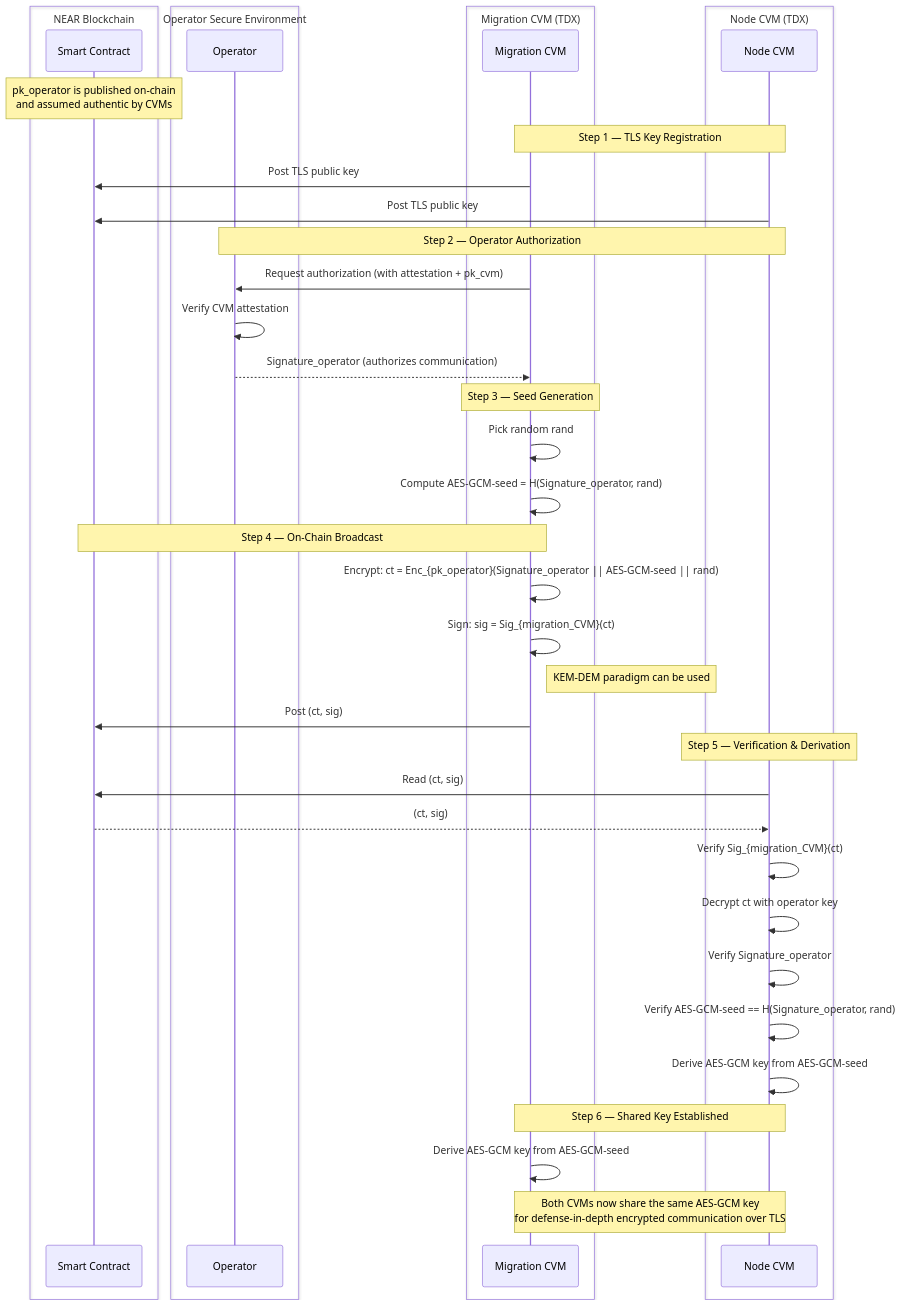
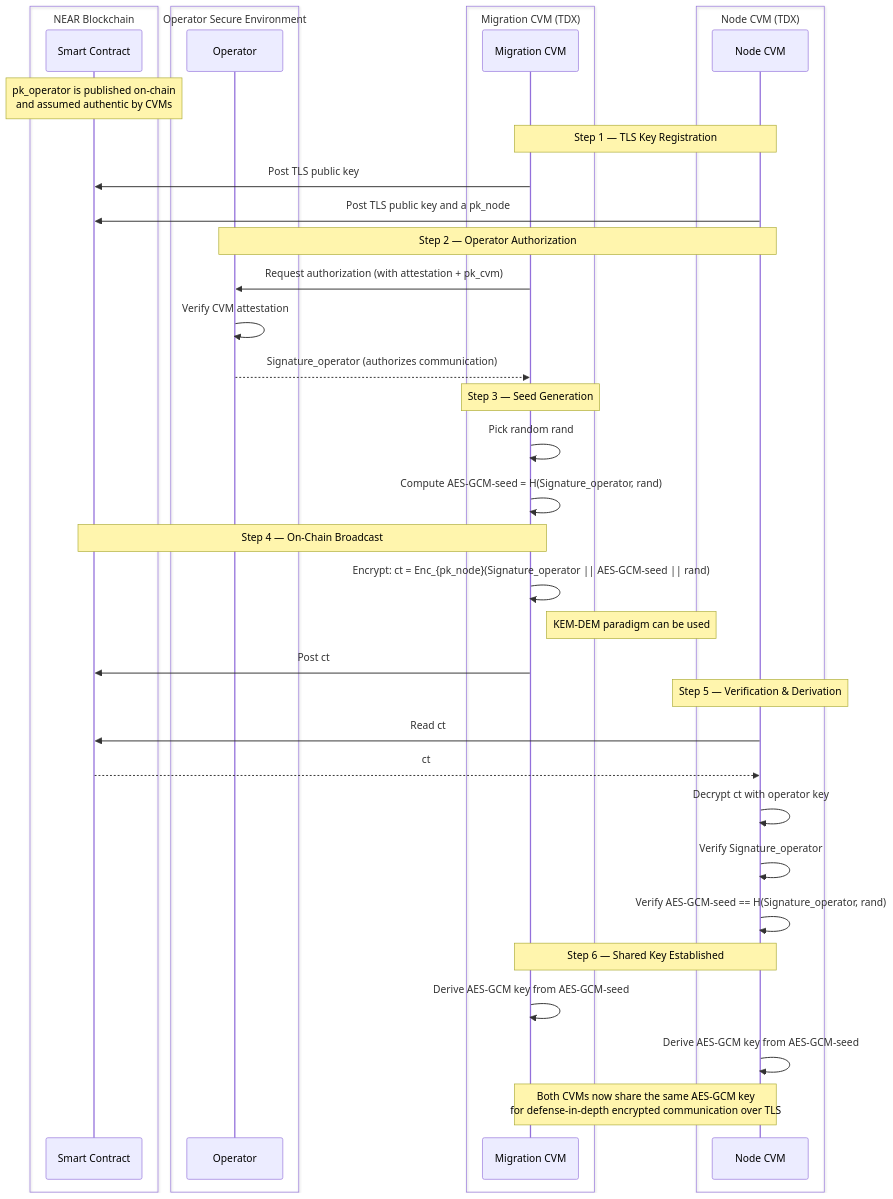
Before and after one commit to near/mpc: the fourth of 4 diagrams in docs/threat-model-diagram.md, drawn with Mermaid.

Commit message:
Simplification

````diff
--- a/docs/threat-model-diagram.md
+++ b/docs/threat-model-diagram.md
@@ -348,49 +348,47 @@
 ```mermaid
 sequenceDiagram
     box NEAR Blockchain
         participant BC as Smart Contract
     end
     box Operator Secure Environment
         participant OP as Operator
     end
     box Migration CVM (TDX)
         participant MIG as Migration CVM
     end
     box Node CVM (TDX)
         participant NODE as Node CVM
     end
 
     Note over BC: pk_operator is published on-chain<br/>and assumed authentic by CVMs
 
     Note over MIG,NODE: Step 1 — TLS Key Registration
     MIG ->> BC: Post TLS public key
-    NODE ->> BC: Post TLS public key
+    NODE ->> BC: Post TLS public key and a pk_node
 
     Note over OP,NODE: Step 2 — Operator Authorization
     MIG ->> OP: Request authorization (with attestation + pk_cvm)
     OP ->> OP: Verify CVM attestation
     OP -->> MIG: Signature_operator (authorizes communication)
 
     Note over MIG: Step 3 — Seed Generation
     MIG ->> MIG: Pick random rand
     MIG ->> MIG: Compute AES-GCM-seed = H(Signature_operator, rand)
 
     Note over MIG,BC: Step 4 — On-Chain Broadcast
-    MIG ->> MIG: Encrypt: ct = Enc_{pk_operator}(Signature_operator || AES-GCM-seed || rand)
-    MIG ->> MIG: Sign: sig = Sig_{migration_CVM}(ct)
+    MIG ->> MIG: Encrypt: ct = Enc_{pk_node}(Signature_operator || AES-GCM-seed || rand)
     Note right of MIG: KEM-DEM paradigm can be used
-    MIG ->> BC: Post (ct, sig)
+    MIG ->> BC: Post ct
 
     Note over NODE: Step 5 — Verification & Derivation
-    NODE ->> BC: Read (ct, sig)
-    BC -->> NODE: (ct, sig)
-    NODE ->> NODE: Verify Sig_{migration_CVM}(ct)
+    NODE ->> BC: Read ct
+    BC -->> NODE: ct
     NODE ->> NODE: Decrypt ct with operator key
     NODE ->> NODE: Verify Signature_operator
     NODE ->> NODE: Verify AES-GCM-seed == H(Signature_operator, rand)
-    NODE ->> NODE: Derive AES-GCM key from AES-GCM-seed
 
     Note over MIG,NODE: Step 6 — Shared Key Established
     MIG ->> MIG: Derive AES-GCM key from AES-GCM-seed
+    NODE ->> NODE: Derive AES-GCM key from AES-GCM-seed
     Note over MIG,NODE: Both CVMs now share the same AES-GCM key<br/>for defense-in-depth encrypted communication over TLS
 ```
````
